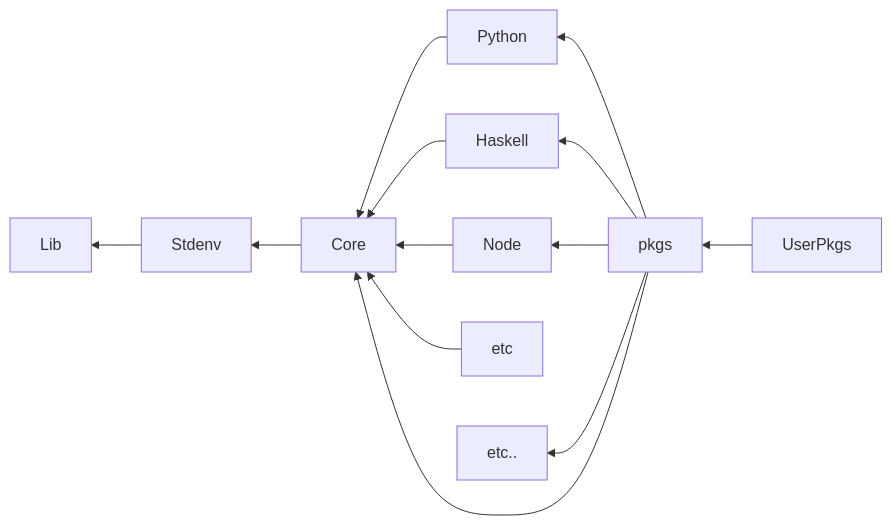
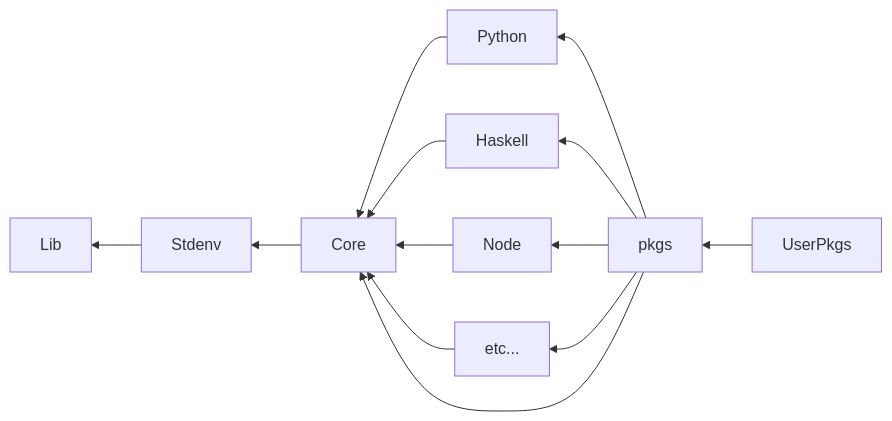
The diagram in README.md (jonringer/poly-repo-roadmap), drawn with Mermaid before and after one commit.

````diff
--- a/README.md
+++ b/README.md
@@ -20,15 +20,15 @@
 ```mermaid
 flowchart RL
     Stdenv --> Lib
     Core --> Stdenv
     Python --> Core
     Haskell --> Core
     Node --> Core
-    etc --> Core
+    etc... --> Core
     pkgs --> Core
     pkgs --> Python
     pkgs --> Haskell
     pkgs --> Node
-    pkgs --> etc..
+    pkgs --> etc...
     UserPkgs --> pkgs
 ```
````
